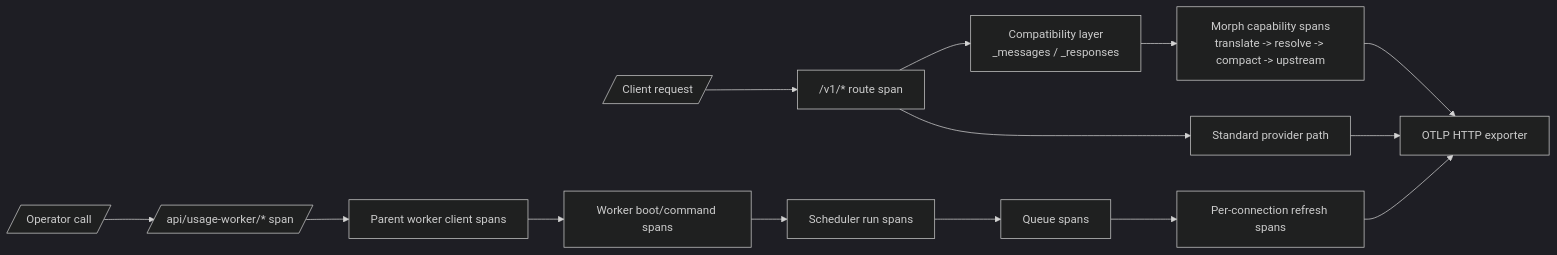
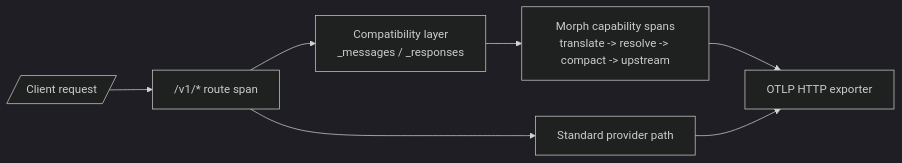
Before and after one commit to rickicode/AxonRouter: the seventh of 7 diagrams in docs/ARCHITECTURE.md, drawn with Mermaid (dark theme). The commit also changed other lines of this file and 60 other files, not shown here.

````diff
--- a/docs/ARCHITECTURE.md
+++ b/docs/ARCHITECTURE.md
@@ -982,18 +831,10 @@
 ```mermaid
 flowchart LR
     Client[/Client request/] --> V1["/v1/* route span"]
     V1 --> Compat[Compatibility layer\n_messages / _responses]
     Compat --> Morph["Morph capability spans\ntranslate -> resolve -> compact -> upstream"]
     V1 --> Core[Standard provider path]
 
-    Operator[/Operator call/] --> UsageAPI[/api/usage-worker/* span/]
-    UsageAPI --> Parent[Parent worker client spans]
-    Parent --> Child[Worker boot/command spans]
-    Child --> Scheduler[Scheduler run spans]
-    Scheduler --> Queue[Queue spans]
-    Queue --> Refresh[Per-connection refresh spans]
-
     Morph --> Exporter[OTLP HTTP exporter]
     Core --> Exporter
-    Refresh --> Exporter
 ```
````
